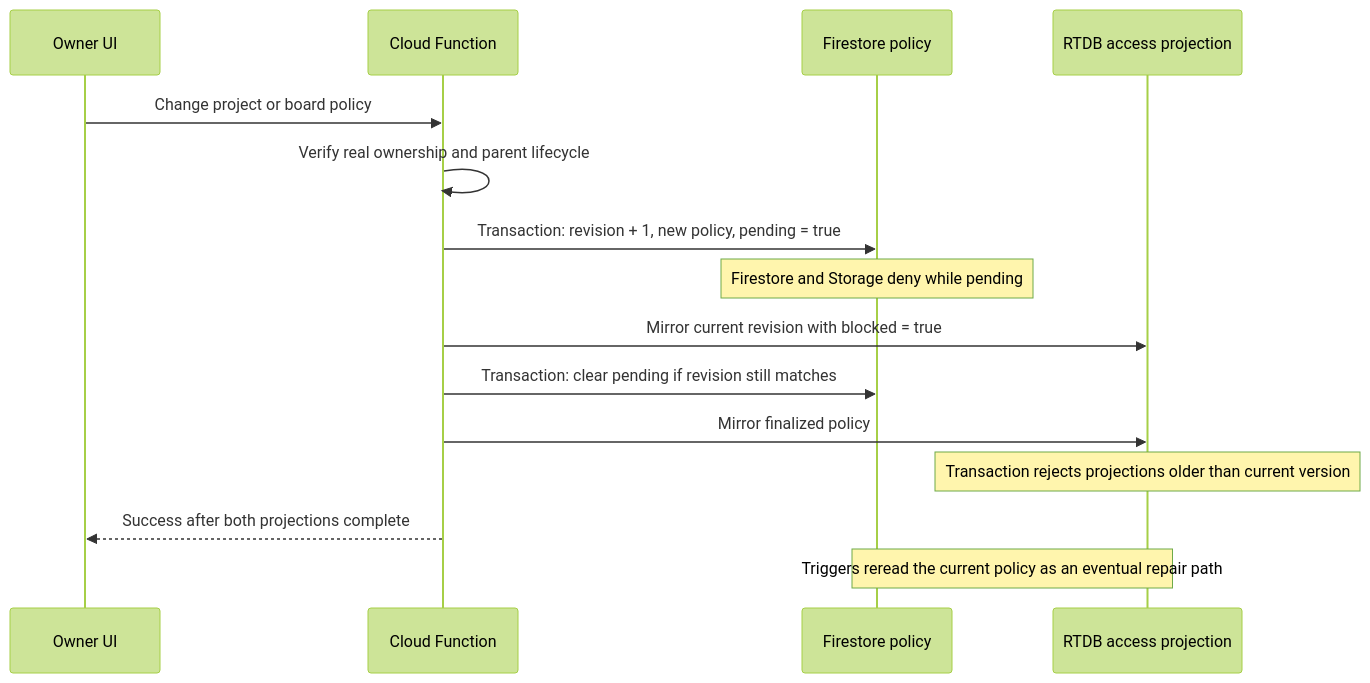
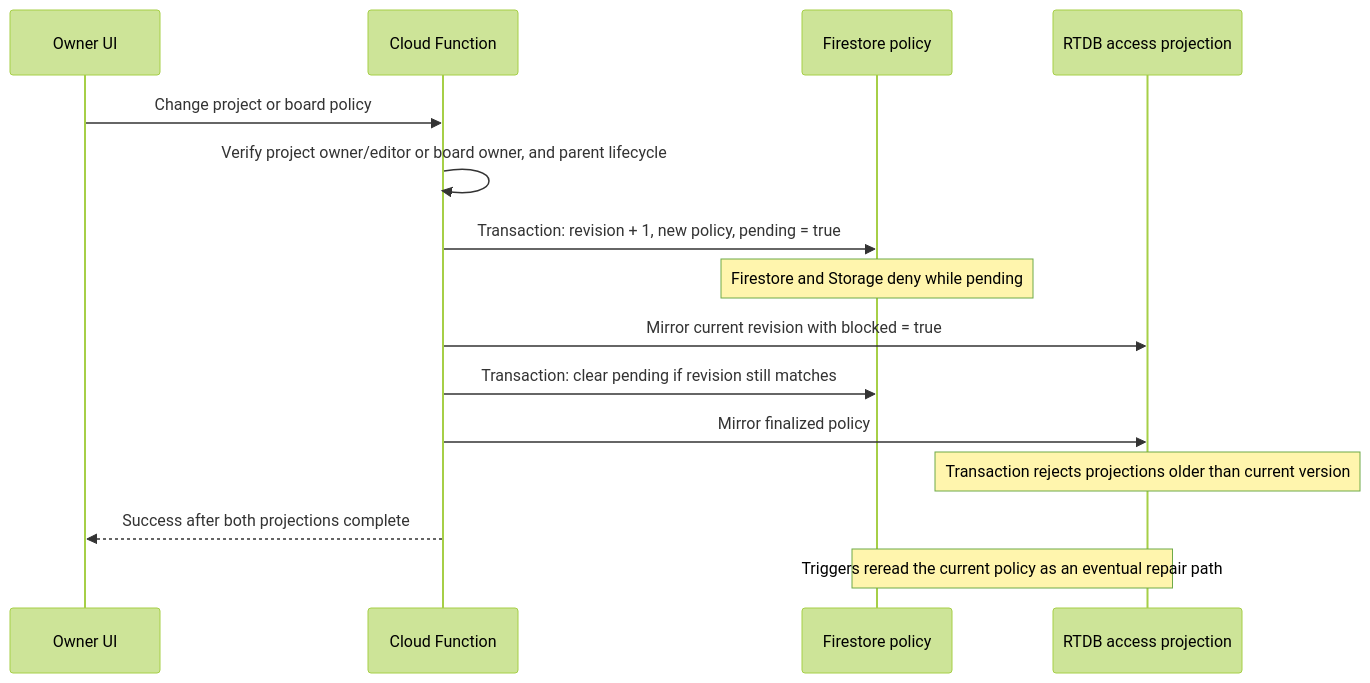
Before and after one commit to karanshah229/open-excalidraw: the third of 4 diagrams in docs/features/projects-architecture.md, drawn with Mermaid (forest theme). The commit also changed other lines of this file and 13 other files, not shown here.

Commit message:
Fix live sharing transitions and enable editor project management

````diff
--- a/docs/features/projects-architecture.md
+++ b/docs/features/projects-architecture.md
@@ -94,17 +94,17 @@
 ```mermaid
 sequenceDiagram
   participant UI as Owner UI
   participant Fn as Cloud Function
   participant FS as Firestore policy
   participant RT as RTDB access projection
   UI->>Fn: Change project or board policy
-  Fn->>Fn: Verify real ownership and parent lifecycle
+  Fn->>Fn: Verify project owner/editor or board owner, and parent lifecycle
   Fn->>FS: Transaction: revision + 1, new policy, pending = true
   Note over FS: Firestore and Storage deny while pending
   Fn->>RT: Mirror current revision with blocked = true
   Fn->>FS: Transaction: clear pending if revision still matches
   Fn->>RT: Mirror finalized policy
   Note over RT: Transaction rejects projections older than current version
   Fn-->>UI: Success after both projections complete
   Note over FS,RT: Triggers reread the current policy as an eventual repair path
 ```
````
